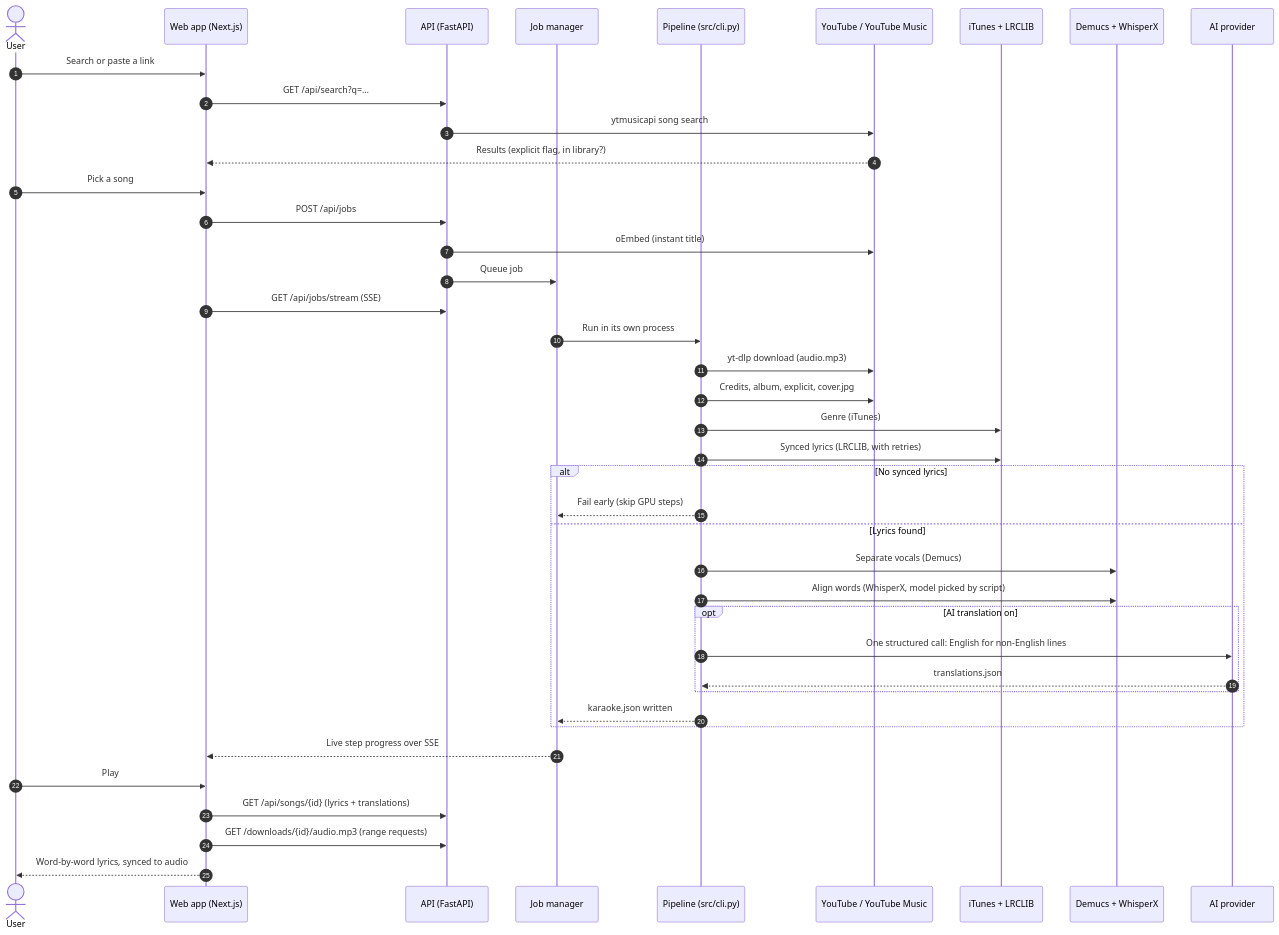
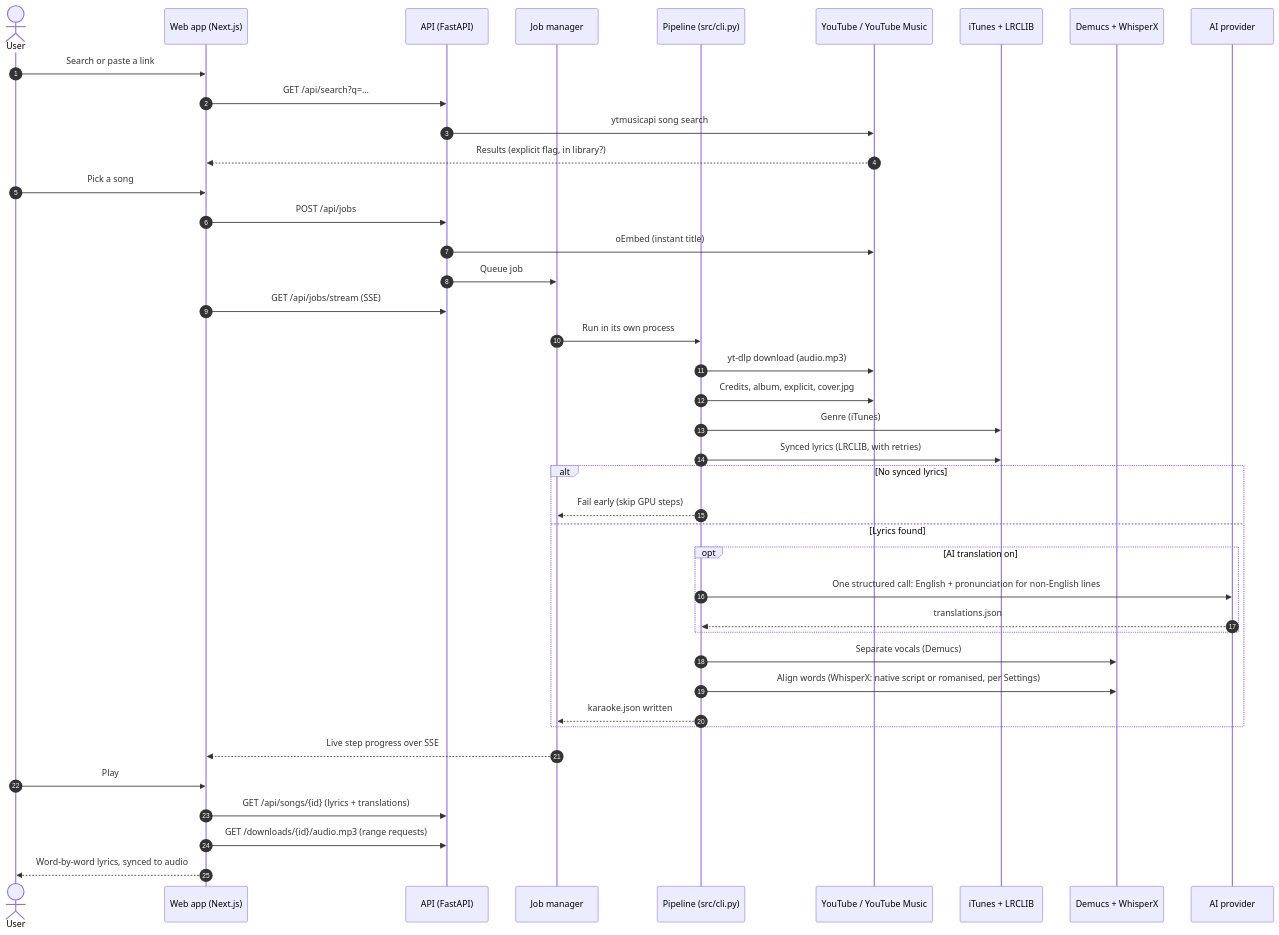
One commit to 0xaadesh/SingAlongSync changed the diagram in README.md. Above: the diagram before and after it, drawn with Mermaid. The commit also changed other lines of this file and 13 other files, not shown here.

````diff
--- a/README.md
+++ b/README.md
@@ -58,46 +60,46 @@
 ```mermaid
 sequenceDiagram
     autonumber
     actor User
     participant Web as Web app (Next.js)
     participant API as API (FastAPI)
     participant Jobs as Job manager
     participant CLI as Pipeline (src/cli.py)
     participant YT as YouTube / YouTube Music
     participant Meta as iTunes + LRCLIB
     participant GPU as Demucs + WhisperX
     participant LLM as AI provider
 
     User->>Web: Search or paste a link
     Web->>API: GET /api/search?q=…
     API->>YT: ytmusicapi song search
     YT-->>Web: Results (explicit flag, in library?)
     User->>Web: Pick a song
     Web->>API: POST /api/jobs
     API->>YT: oEmbed (instant title)
     API->>Jobs: Queue job
     Web->>API: GET /api/jobs/stream (SSE)
 
     Jobs->>CLI: Run in its own process
     CLI->>YT: yt-dlp download (audio.mp3)
     CLI->>YT: Credits, album, explicit, cover.jpg
     CLI->>Meta: Genre (iTunes)
     CLI->>Meta: Synced lyrics (LRCLIB, with retries)
     alt No synced lyrics
         CLI-->>Jobs: Fail early (skip GPU steps)
     else Lyrics found
-        CLI->>GPU: Separate vocals (Demucs)
-        CLI->>GPU: Align words (WhisperX, model picked by script)
         opt AI translation on
-            CLI->>LLM: One structured call: English for non-English lines
+            CLI->>LLM: One structured call: English + pronunciation for non-English lines
             LLM-->>CLI: translations.json
         end
+        CLI->>GPU: Separate vocals (Demucs)
+        CLI->>GPU: Align words (WhisperX: native script or romanised, per Settings)
         CLI-->>Jobs: karaoke.json written
     end
     Jobs-->>Web: Live step progress over SSE
 
     User->>Web: Play
     Web->>API: GET /api/songs/{id} (lyrics + translations)
     Web->>API: GET /downloads/{id}/audio.mp3 (range requests)
     Web-->>User: Word-by-word lyrics, synced to audio
 ```
````
